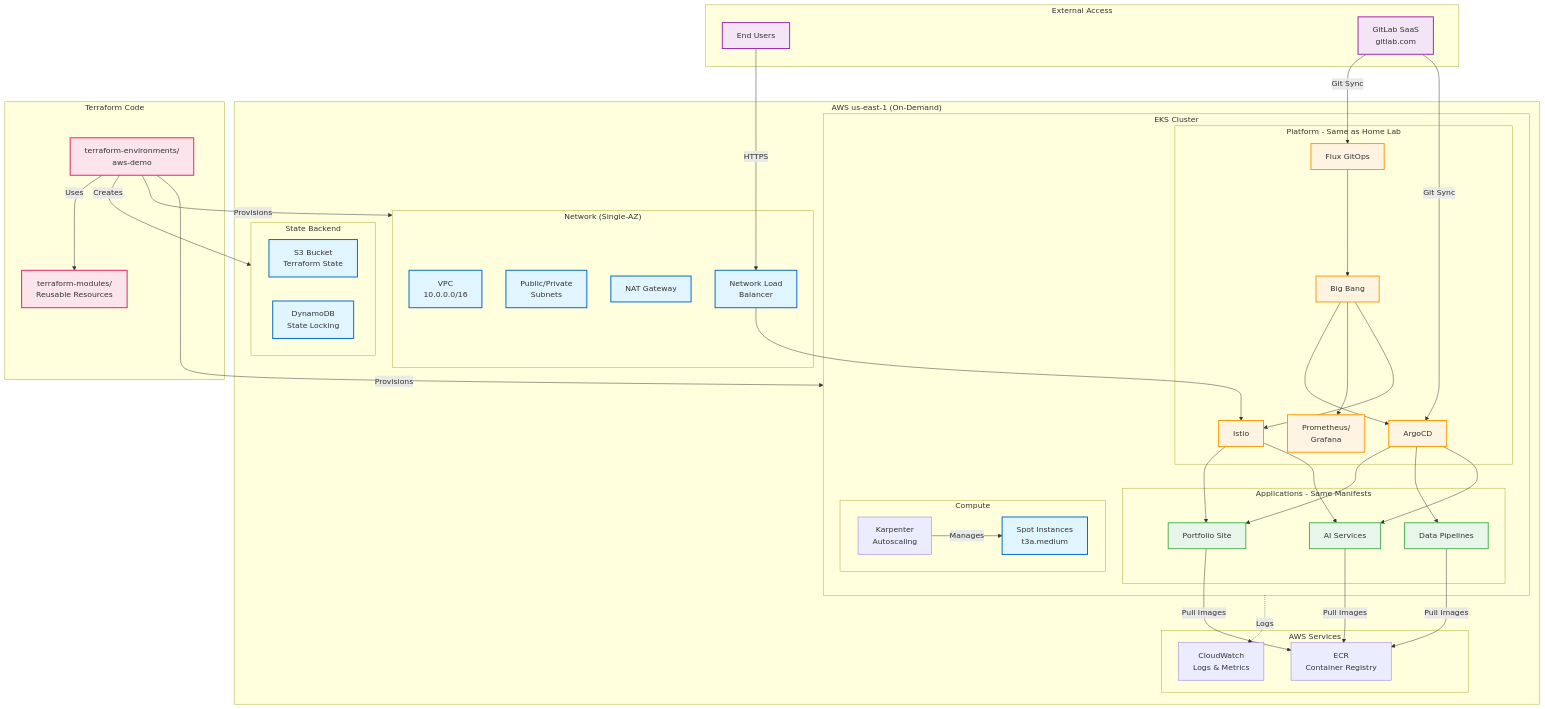
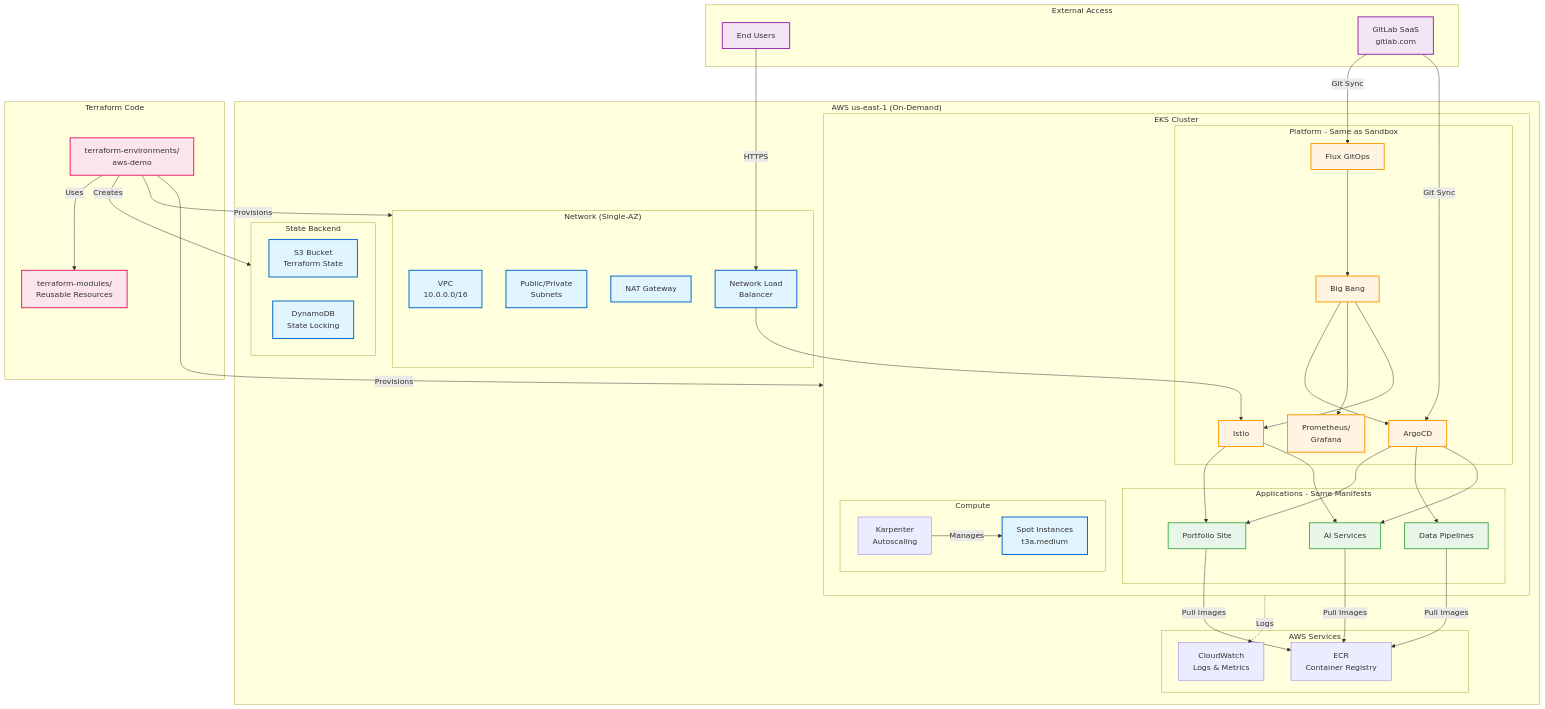
The second of 5 diagrams in README.md (zavestudios/zavestudios), drawn with Mermaid before and after one commit. The commit also changed other lines of this file, not shown here.

```diff
--- a/README.md
+++ b/README.md
@@ -204,7 +204,7 @@
         end
 
         subgraph EKS["EKS Cluster"]
-            subgraph PlatformAWS["Platform - Same as Home Lab"]
+            subgraph PlatformAWS["Platform - Same as Sandbox"]
                 FluxAWS[Flux GitOps]
                 BigBangAWS[Big Bang]
                 ArgoAWS[ArgoCD]
```
